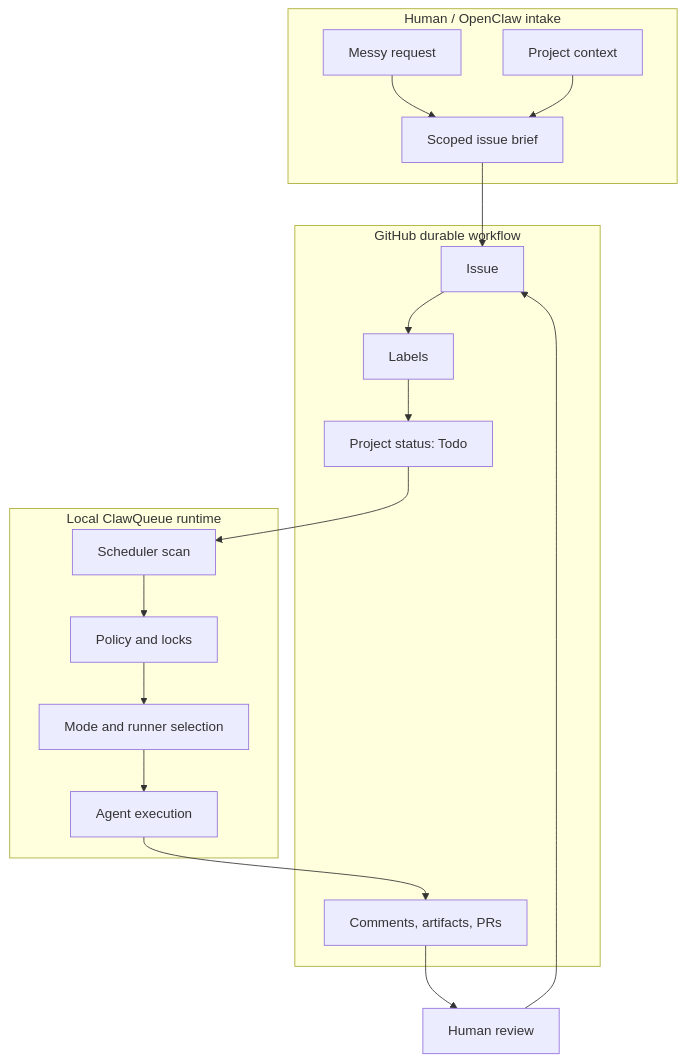
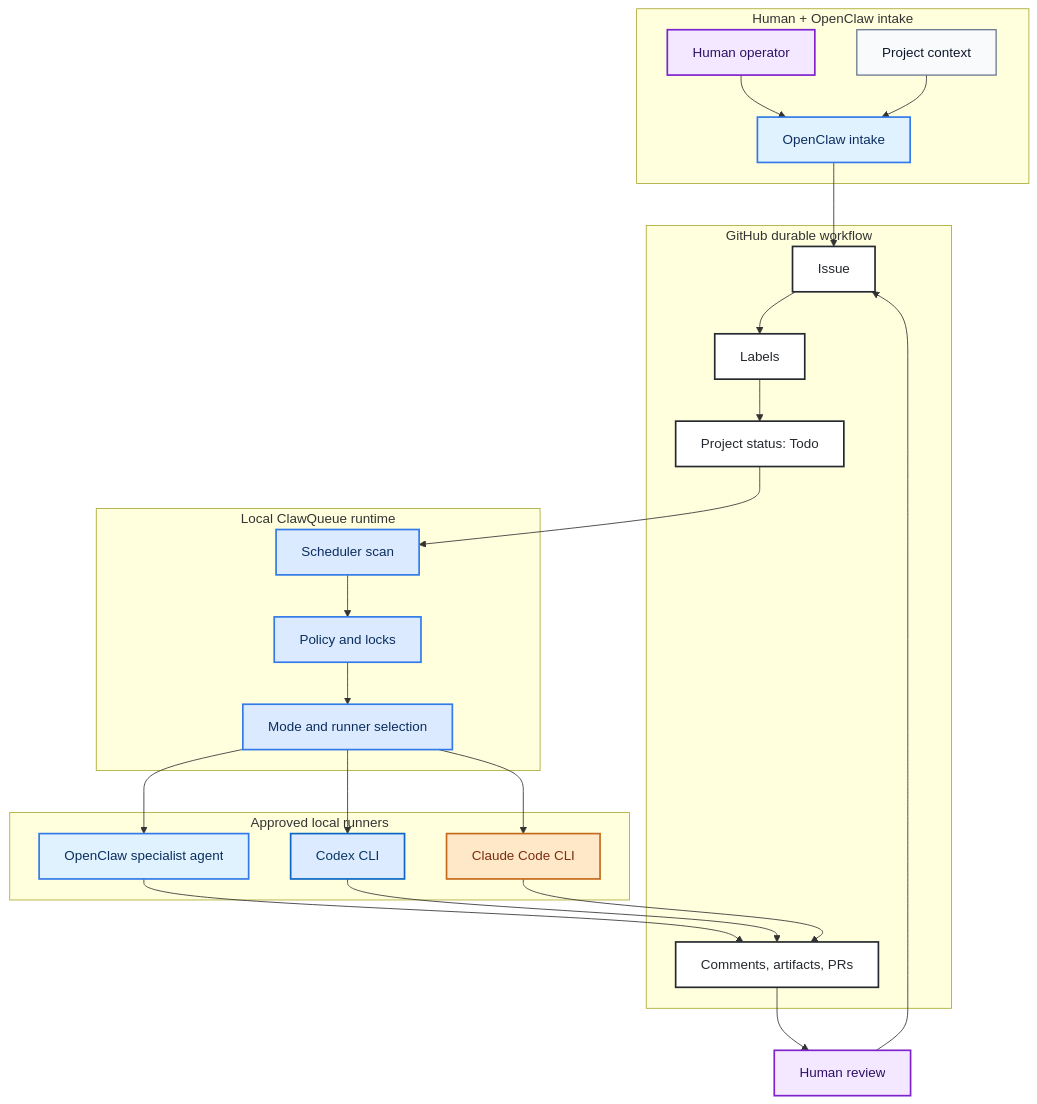
One commit to ClawQueue/ClawQueue-reports changed the second of 2 diagrams in boards/CORE/0010-mermaid-diagram-previews/README.md. Above: the diagram before and after it, drawn with Mermaid. The commit also changed other lines of this file and 4 other files, not shown here.

Commit message:
Revise ClawQueue Mermaid preview colors

````diff
--- a/boards/CORE/0010-mermaid-diagram-previews/README.md
+++ b/boards/CORE/0010-mermaid-diagram-previews/README.md
@@ -66,32 +96,58 @@
 ```mermaid
 flowchart TB
-    subgraph Human["Human / OpenClaw intake"]
-        H1[Messy request]
+    subgraph Intake["Human + OpenClaw intake"]
+        H1[Human operator]
         H2[Project context]
-        H3[Scoped issue brief]
-        H1 --> H3
-        H2 --> H3
+        O1[OpenClaw intake]
+        H1 --> O1
+        H2 --> O1
     end
 
     subgraph GitHub["GitHub durable workflow"]
         G1[Issue]
         G2[Labels]
         G3[Project status: Todo]
         G4[Comments, artifacts, PRs]
         G1 --> G2 --> G3
     end
 
     subgraph Local["Local ClawQueue runtime"]
         C1[Scheduler scan]
         C2[Policy and locks]
         C3[Mode and runner selection]
-        C4[Agent execution]
-        C1 --> C2 --> C3 --> C4
+        C1 --> C2 --> C3
     end
 
-    H3 --> G1
+    subgraph Runners["Approved local runners"]
+        O2[OpenClaw specialist agent]
+        COD[Codex CLI]
+        CLA[Claude Code CLI]
+    end
+
+    O1 --> G1
     G3 --> C1
-    C4 --> G4
-    G4 --> R[Human review]
-    R --> G1
+    C3 --> O2
+    C3 --> COD
+    C3 --> CLA
+    O2 --> G4
+    COD --> G4
+    CLA --> G4
+    G4 --> HR[Human review]
+    HR --> G1
+
+    classDef human fill:#F3E8FF,stroke:#7E22CE,stroke-width:2px,color:#2E1065;
+    classDef context fill:#F8FAFC,stroke:#64748B,stroke-width:1.5px,color:#0F172A;
+    classDef openclaw fill:#E0F2FE,stroke:#317AE8,stroke-width:2px,color:#0B2E5F;
+    classDef github fill:#FFFFFF,stroke:#24292F,stroke-width:2px,color:#24292F;
+    classDef local fill:#DBEAFE,stroke:#317AE8,stroke-width:2px,color:#0B2E5F;
+    classDef codex fill:#DCEBFF,stroke:#0A66C2,stroke-width:2px,color:#073763;
+    classDef claude fill:#FFE8C7,stroke:#C46A1D,stroke-width:2px,color:#7C2D12;
+
+    class H1,HR human;
+    class H2 context;
+    class O1,O2 openclaw;
+    class G1,G2,G3,G4 github;
+    class C1,C2,C3 local;
+    class COD codex;
+    class CLA claude;
 ```
````
